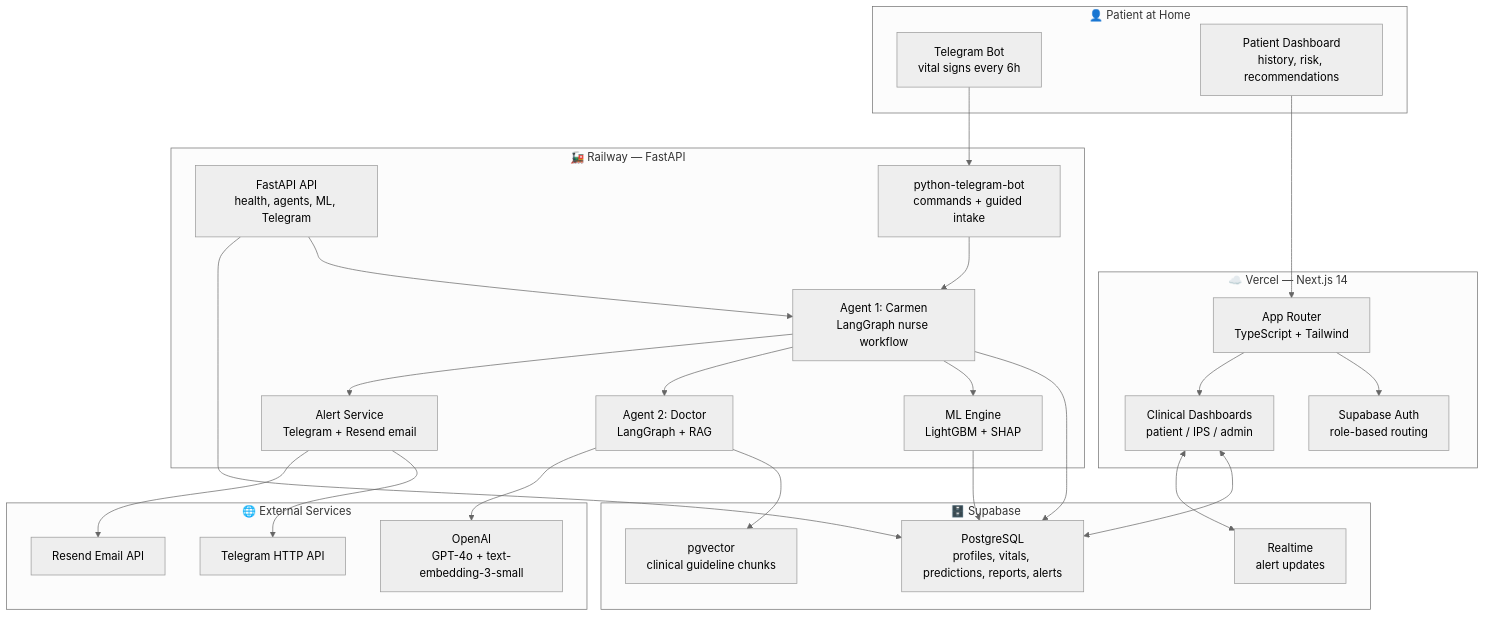
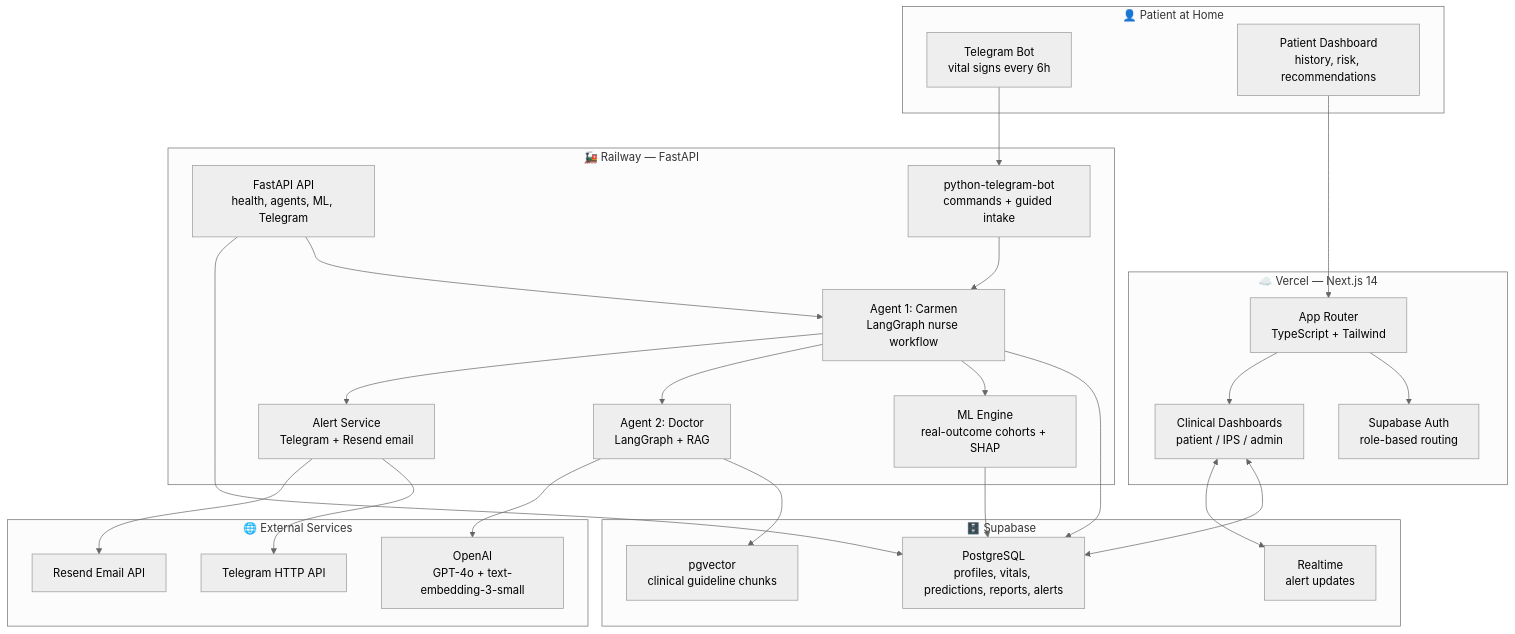
Before and after one commit to cmorregof/homecare: the first of 2 diagrams in README.md, drawn with Mermaid (neutral theme). The commit also changed other lines of this file and 80 other files, not shown here.

Commit message:
Validate ML with real outcome cohorts

````diff
--- a/README.md
+++ b/README.md
@@ -41,53 +41,53 @@
 ```mermaid
 graph TB
     subgraph Patient["👤 Patient at Home"]
         TG["Telegram Bot<br/>vital signs every 6h"]
         WEBPAT["Patient Dashboard<br/>history, risk, recommendations"]
     end
 
     subgraph Frontend["☁️ Vercel — Next.js 14"]
         NEXT["App Router<br/>TypeScript + Tailwind"]
         AUTH["Supabase Auth<br/>role-based routing"]
         DASH["Clinical Dashboards<br/>patient / IPS / admin"]
     end
 
     subgraph Backend["🚂 Railway — FastAPI"]
         API["FastAPI API<br/>health, agents, ML, Telegram"]
         BOT["python-telegram-bot<br/>commands + guided intake"]
         NURSE["Agent 1: Carmen<br/>LangGraph nurse workflow"]
         DOCTOR["Agent 2: Doctor<br/>LangGraph + RAG"]
-        ML["ML Engine<br/>LightGBM + SHAP"]
+        ML["ML Engine<br/>real-outcome cohorts + SHAP"]
         ALERTS["Alert Service<br/>Telegram + Resend email"]
     end
 
     subgraph Data["🗄️ Supabase"]
         PG["PostgreSQL<br/>profiles, vitals, predictions, reports, alerts"]
         VECTOR["pgvector<br/>clinical guideline chunks"]
         REALTIME["Realtime<br/>alert updates"]
     end
 
     subgraph External["🌐 External Services"]
         OPENAI["OpenAI<br/>GPT-4o + text-embedding-3-small"]
         TELEGRAM["Telegram HTTP API"]
         RESEND["Resend Email API"]
     end
 
     TG --> BOT
     WEBPAT --> NEXT
     NEXT --> AUTH
     NEXT --> DASH
     DASH <--> PG
     DASH <--> REALTIME
     BOT --> NURSE
     API --> NURSE
     NURSE --> PG
     NURSE --> ML
     NURSE --> DOCTOR
     DOCTOR --> VECTOR
     DOCTOR --> OPENAI
     ML --> PG
     NURSE --> ALERTS
     ALERTS --> TELEGRAM
     ALERTS --> RESEND
     API --> PG
 ```
````
